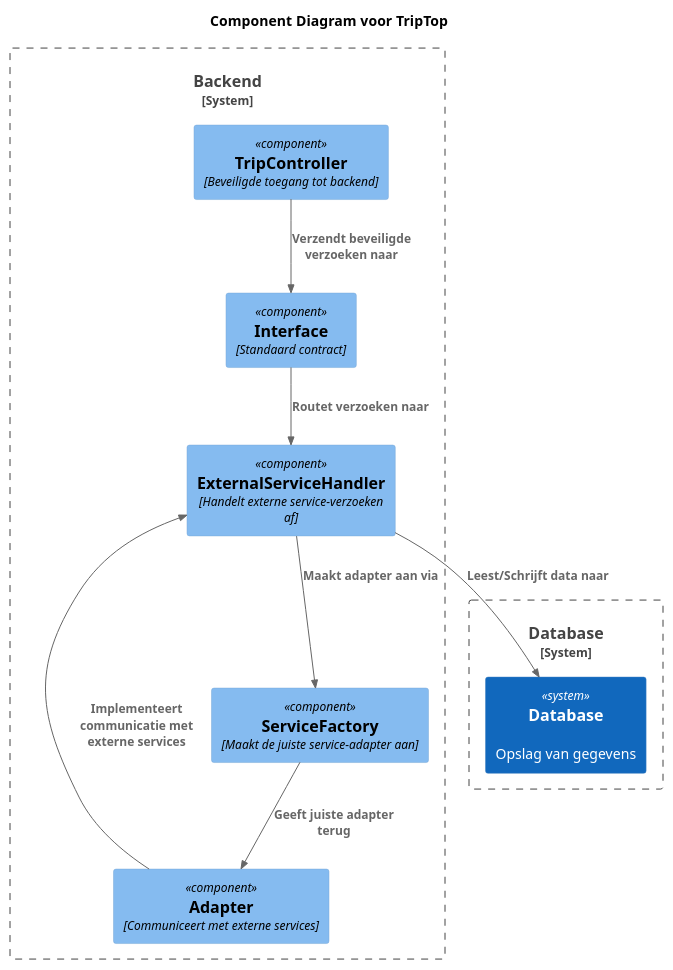
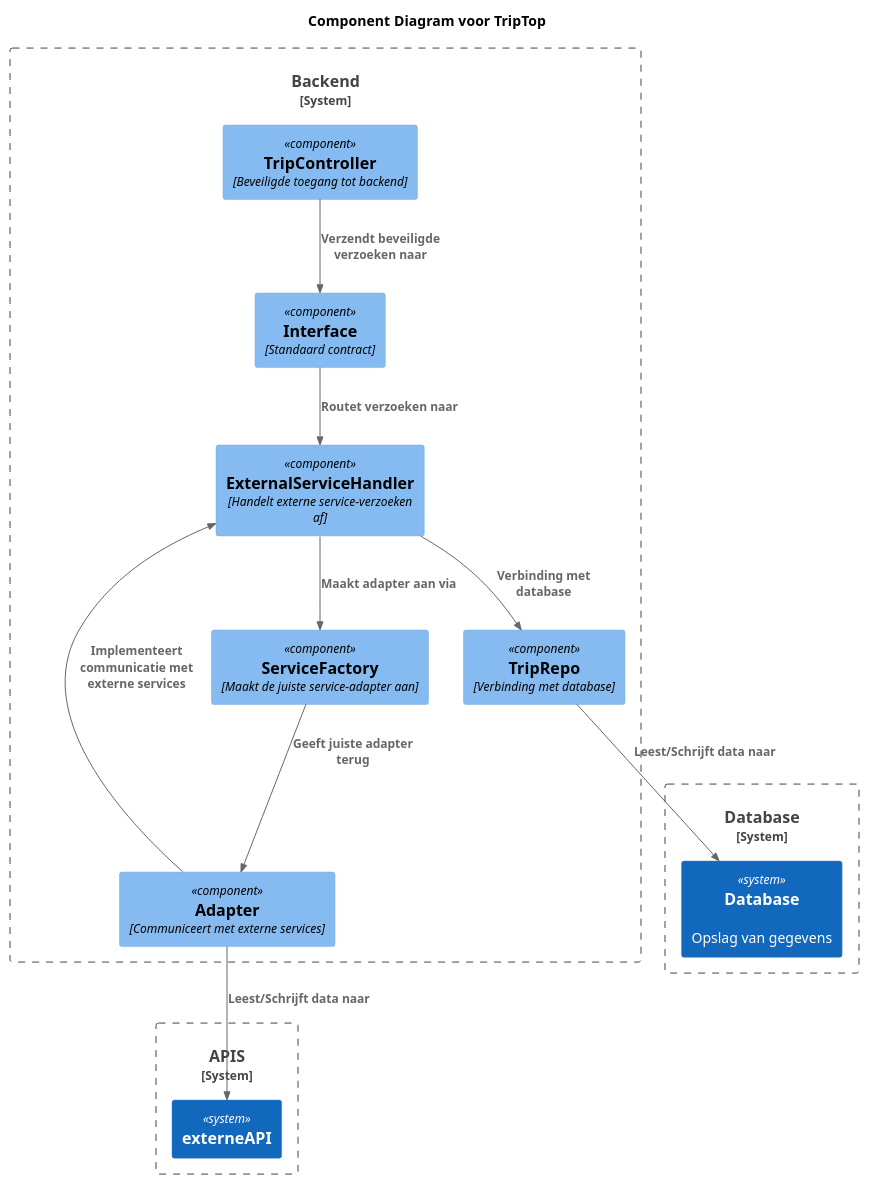
One commit to AIM-ENE-feb25/triptop-dravende-dikdiks changed the diagram in Marijn/NEWonderzoeksvraag.md/diagrammen/ComponentdiagramNewExtSys.puml. Above: the diagram before and after it, drawn with PlantUML. The commit also changed 1 other file, not shown here.

```diff
--- a/Marijn/NEWonderzoeksvraag.md/diagrammen/ComponentdiagramNewExtSys.puml
+++ b/Marijn/NEWonderzoeksvraag.md/diagrammen/ComponentdiagramNewExtSys.puml
@@ -1,26 +1,33 @@
 @startuml
 
 !include https://raw.githubusercontent.com/plantuml-stdlib/C4-PlantUML/master/C4_Component.puml
 
 title Component Diagram voor TripTop
 
 System_Boundary("backend", "Backend") {
+    Component(TripController, "TripController", "Beveiligde toegang tot backend")
     Component(interface, "Interface", "Standaard contract")
     Component(adapter, "Adapter", "Communiceert met externe services")
     Component(factory, "ServiceFactory", "Maakt de juiste service-adapter aan")
     Component(handler, "ExternalServiceHandler", "Handelt externe service-verzoeken af")
-    Component(TripController, "TripController", "Beveiligde toegang tot backend")
+    Component(TripRepo, "TripRepo", "Verbinding met database")
 }
 
 System_Boundary("database", "Database") {
     System(db, "Database", "Opslag van gegevens")
 }
 
+System_Boundary("APIS", "APIS") {
+    System(API, "externeAPI", "")
+}
+
 Rel(TripController, interface, "Verzendt beveiligde verzoeken naar")
 Rel(interface, handler, "Routet verzoeken naar")
 Rel(handler, factory, "Maakt adapter aan via")
 Rel(factory, adapter, "Geeft juiste adapter terug")
-Rel(handler, db, "Leest/Schrijft data naar")
 Rel(adapter, handler, "Implementeert communicatie met externe services")
+Rel("handler", "TripRepo", "Verbinding met database")
+Rel("adapter", API, "Leest/Schrijft data naar")
+Rel("TripRepo", db, "Leest/Schrijft data naar")
 
 @enduml
```
